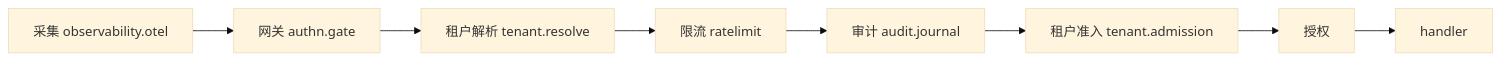
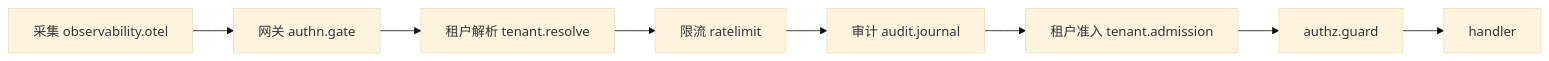
Before and after one commit to wangzw/speed: the third of 3 diagrams in docs/design/modules/design-authn.md, drawn with Mermaid (base theme). The commit also changed other lines of this file and 27 other files, not shown here.

````diff
--- a/docs/design/modules/design-authn.md
+++ b/docs/design/modules/design-authn.md
@@ -568,10 +567,10 @@
 ```mermaid
 flowchart LR
     A[采集 observability.otel] --> B[网关 authn.gate]
     B --> C[租户解析 tenant.resolve]
     C --> D[限流 ratelimit]
     D --> E[审计 audit.journal]
     E --> F[租户准入 tenant.admission]
-    F --> G[授权]
+    F --> G[authz.guard]
     G --> H[handler]
 ```
````
